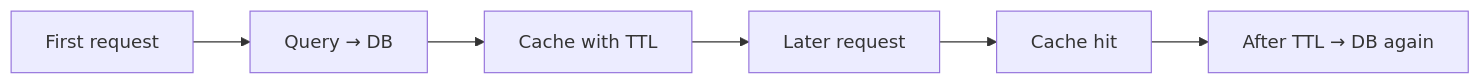
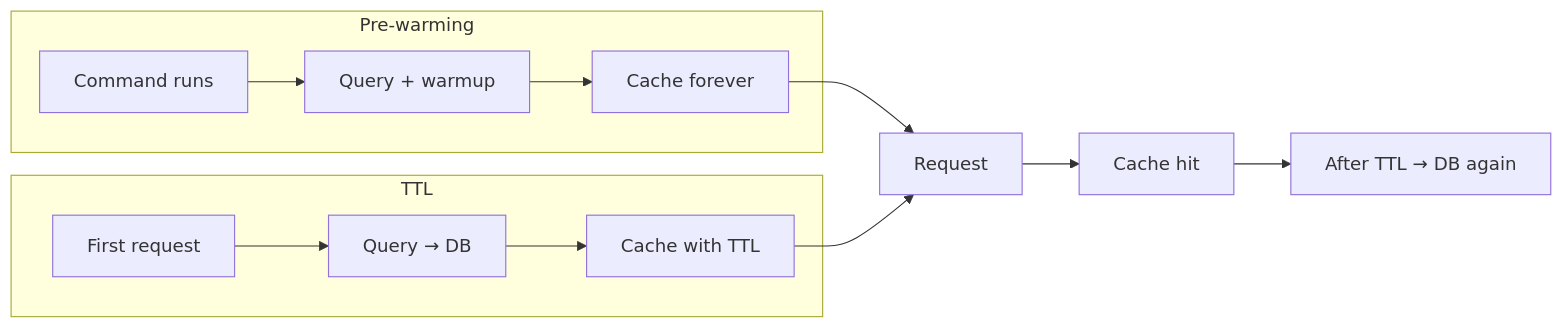
The diagram in README.md (CodeWithDennis/laravel-model-cache), drawn with Mermaid before and after one commit. The commit also changed other lines of this file, not shown here.

Commit message:
README: single workflow diagram with Pre-warming and TTL paths, aligned labels

````diff
--- a/README.md
+++ b/README.md
@@ -50,8 +38,15 @@
 ```mermaid
 flowchart LR
-  A[First request] --> B[Query → DB]
-  B --> C[Cache with TTL]
-  C --> D[Later request]
+  subgraph warmup[Pre-warming]
+    A1[Command runs] --> B1[Query + warmup]
+    B1 --> C1[Cache forever]
+  end
+  subgraph ttl[TTL]
+    A2[First request] --> B2[Query → DB]
+    B2 --> C2[Cache with TTL]
+  end
+  C1 --> D[Request]
+  C2 --> D
   D --> E[Cache hit]
   E --> F[After TTL → DB again]
 ```
````
